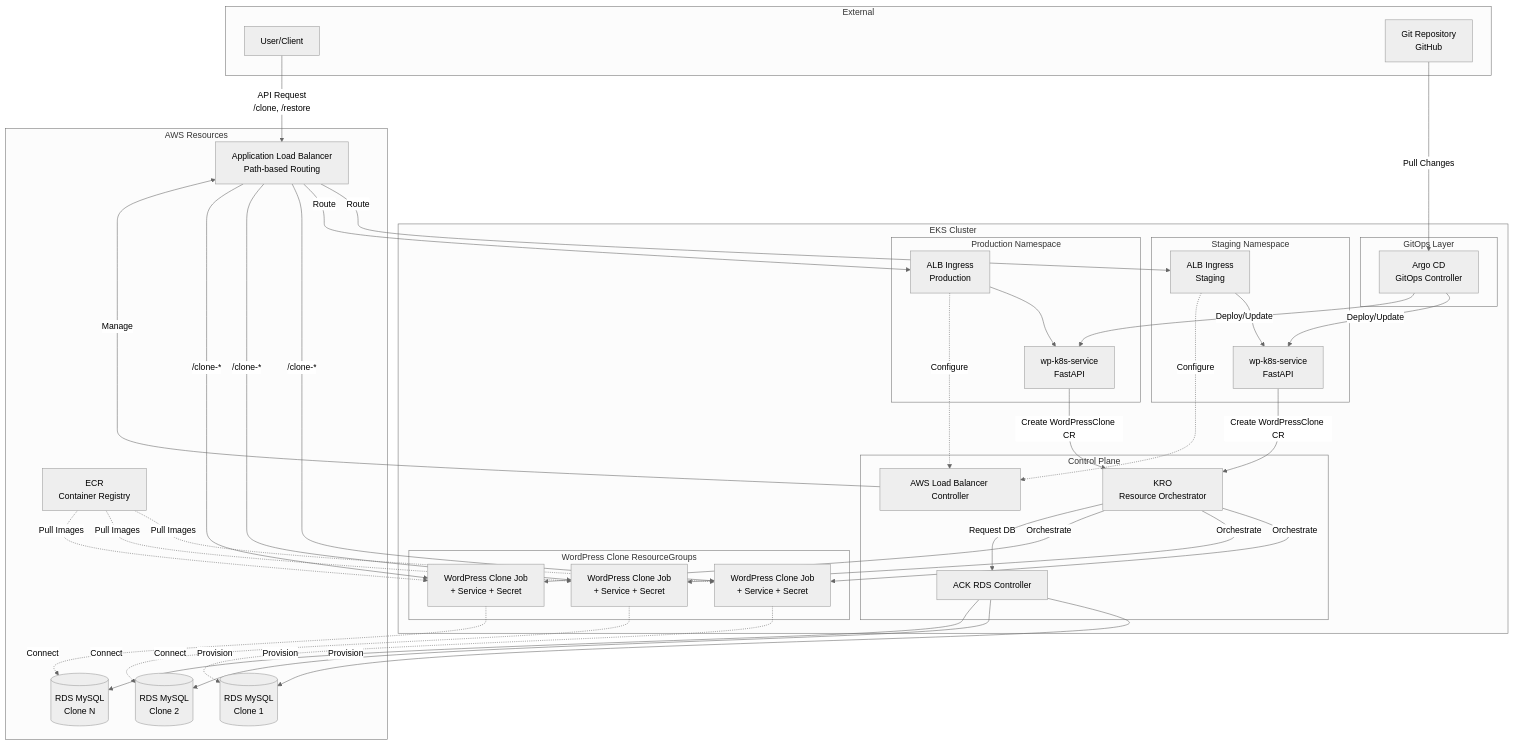
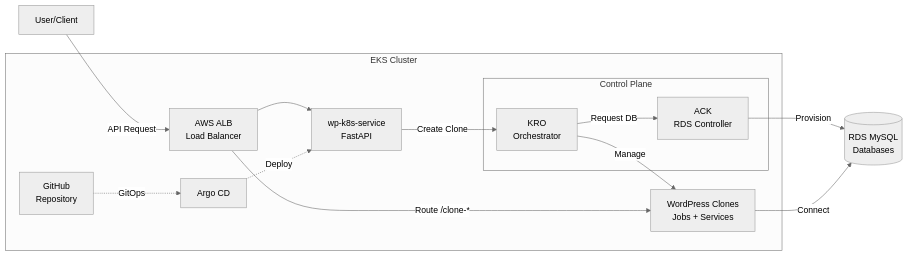
Before and after one commit to t0ct0c/clone-restore: the first of 2 diagrams in custom-wp-migrator-poc/kubernetes/IMPLEMENTATION_PLAN.md, drawn with Mermaid (neutral theme). The commit also changed other lines of this file, not shown here.

Commit message:
Simplify architecture diagrams for better clarity
- Streamlined system architecture to left-to-right flow with fewer arrows
- Removed request flow sequence diagram as requested
- Simplified namespace isolation diagram
- Reduced visual complexity while maintaining key information

````diff
--- a/custom-wp-migrator-poc/kubernetes/IMPLEMENTATION_PLAN.md
+++ b/custom-wp-migrator-poc/kubernetes/IMPLEMENTATION_PLAN.md
@@ -56,81 +56,24 @@
 ```mermaid
-graph TB
-    subgraph "External"
-        User[User/Client]
-        Git[Git Repository<br/>GitHub]
+graph LR
+    User[User/Client] -->|API Request| ALB[AWS ALB<br/>Load Balancer]
+
+    subgraph EKS["EKS Cluster"]
+        ALB --> WP[wp-k8s-service<br/>FastAPI]
+
+        subgraph Control["Control Plane"]
+            KRO[KRO<br/>Orchestrator]
+            ACK[ACK<br/>RDS Controller]
+        end
+
+        WP -->|Create Clone| KRO
+        KRO -->|Manage| Clones[WordPress Clones<br/>Jobs + Services]
+        KRO -->|Request DB| ACK
+
+        Git[GitHub<br/>Repository] -.->|GitOps| ArgoCD[Argo CD]
+        ArgoCD -.->|Deploy| WP
     end
 
-    subgraph "EKS Cluster"
-        subgraph "GitOps Layer"
-            ArgoCD[Argo CD<br/>GitOps Controller]
-        end
-
-        subgraph "Control Plane"
-            KRO[KRO<br/>Resource Orchestrator]
-            ACK_RDS[ACK RDS Controller]
-            ALB_Controller[AWS Load Balancer Controller]
-        end
-
-        subgraph "Staging Namespace"
-            WP_K8S_Staging[wp-k8s-service<br/>FastAPI]
-            Ingress_Staging[ALB Ingress<br/>Staging]
-        end
-
-        subgraph "Production Namespace"
-            WP_K8S_Prod[wp-k8s-service<br/>FastAPI]
-            Ingress_Prod[ALB Ingress<br/>Production]
-        end
-
-        subgraph "WordPress Clone ResourceGroups"
-            Clone1[WordPress Clone Job<br/>+ Service + Secret]
-            Clone2[WordPress Clone Job<br/>+ Service + Secret]
-            CloneN[WordPress Clone Job<br/>+ Service + Secret]
-        end
-    end
-
-    subgraph "AWS Resources"
-        RDS1[(RDS MySQL<br/>Clone 1)]
-        RDS2[(RDS MySQL<br/>Clone 2)]
-        RDSN[(RDS MySQL<br/>Clone N)]
-        ALB[Application Load Balancer<br/>Path-based Routing]
-        ECR[ECR<br/>Container Registry]
-    end
-
-    User -->|API Request<br/>/clone, /restore| ALB
-    ALB -->|Route| Ingress_Staging
-    ALB -->|Route| Ingress_Prod
-    Ingress_Staging --> WP_K8S_Staging
-    Ingress_Prod --> WP_K8S_Prod
-
-    WP_K8S_Staging -->|Create WordPressClone CR| KRO
-    WP_K8S_Prod -->|Create WordPressClone CR| KRO
-
-    KRO -->|Orchestrate| Clone1
-    KRO -->|Orchestrate| Clone2
-    KRO -->|Orchestrate| CloneN
-
-    KRO -->|Request DB| ACK_RDS
-    ACK_RDS -->|Provision| RDS1
-    ACK_RDS -->|Provision| RDS2
-    ACK_RDS -->|Provision| RDSN
-
-    Clone1 -.->|Connect| RDS1
-    Clone2 -.->|Connect| RDS2
-    CloneN -.->|Connect| RDSN
-
-    ALB_Controller -->|Manage| ALB
-    Ingress_Staging -.->|Configure| ALB_Controller
-    Ingress_Prod -.->|Configure| ALB_Controller
-
-    ALB -->|/clone-*| Clone1
-    ALB -->|/clone-*| Clone2
-    ALB -->|/clone-*| CloneN
-
-    Git -->|Pull Changes| ArgoCD
-    ArgoCD -->|Deploy/Update| WP_K8S_Staging
-    ArgoCD -->|Deploy/Update| WP_K8S_Prod
-
-    ECR -.->|Pull Images| Clone1
-    ECR -.->|Pull Images| Clone2
-    ECR -.->|Pull Images| CloneN
+    ACK -->|Provision| RDS[(RDS MySQL<br/>Databases)]
+    Clones -->|Connect| RDS
+    ALB -->|Route /clone-*| Clones
 ```
````
